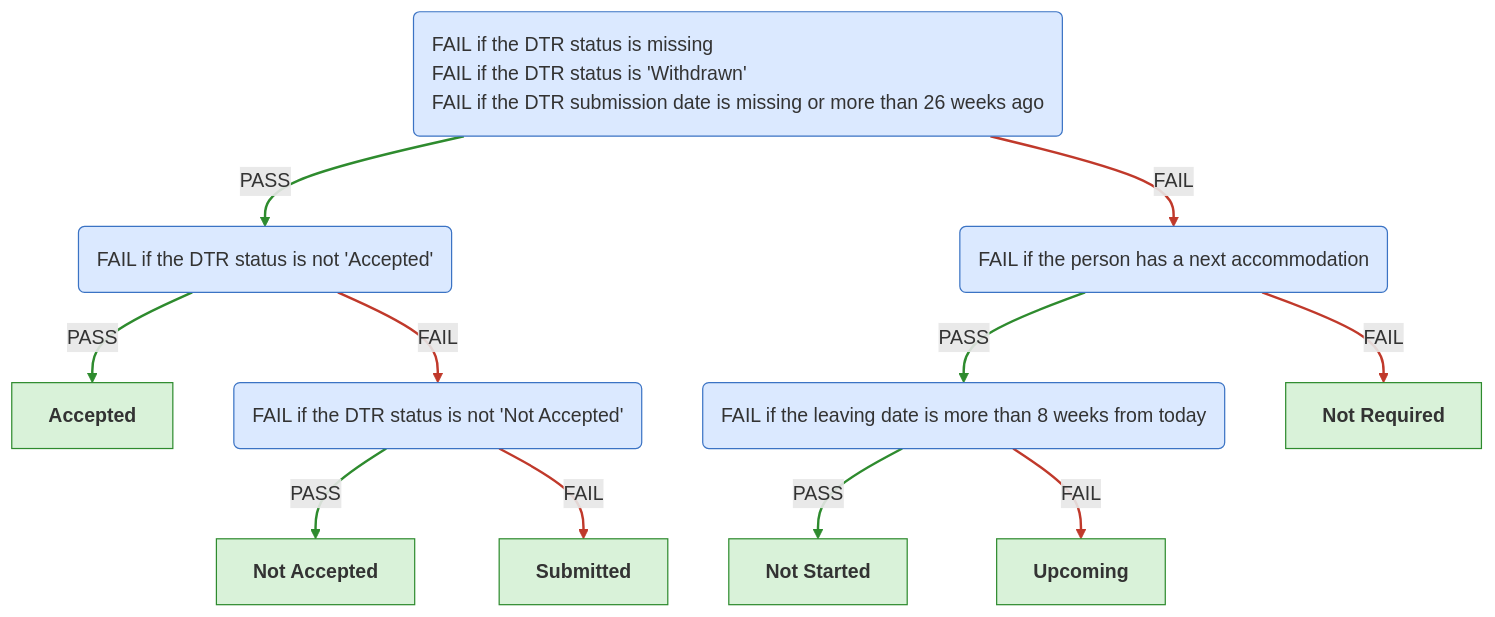
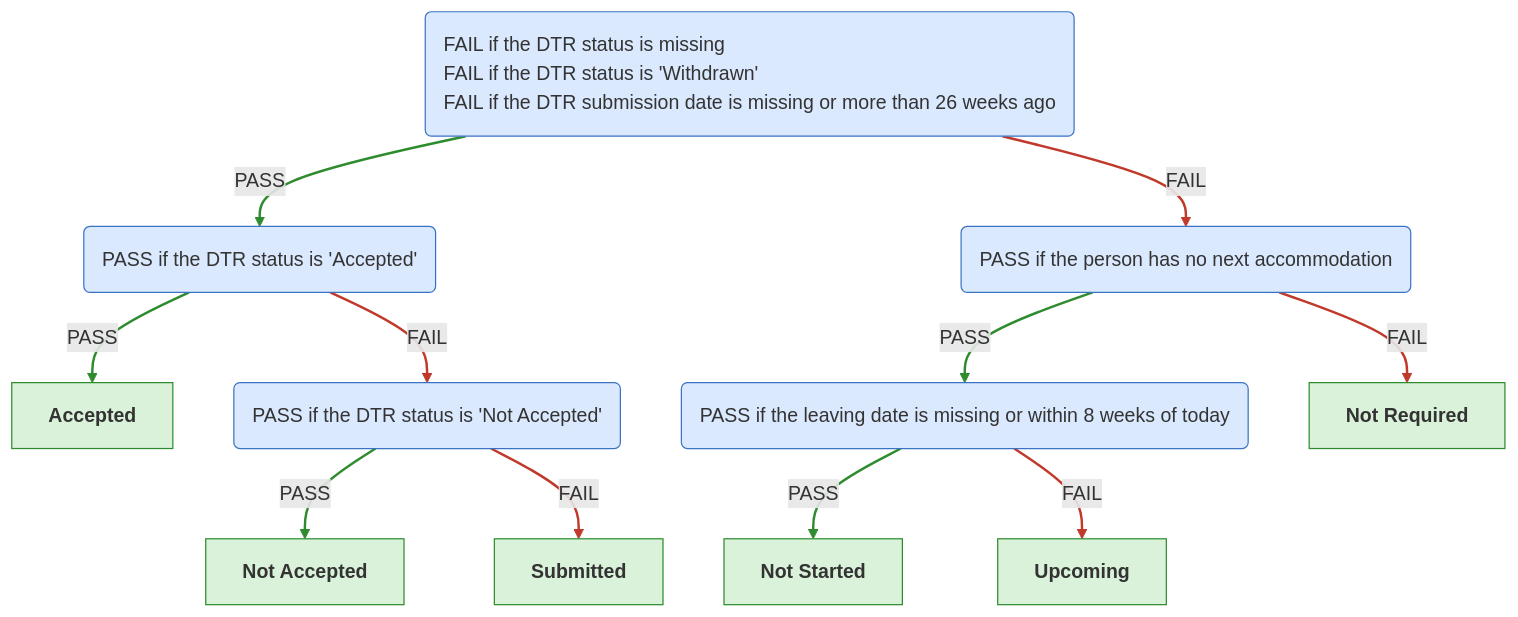
One commit to ministryofjustice/hmpps-single-accommodation-service-api changed the fifth of 6 diagrams in docs/eligibility-rules-graph.md. Above: the diagram before and after it, drawn with Mermaid. The commit also changed other lines of this file and 14 other files, not shown here.

Commit message:
chore/SAS-1703-Adjust-layout-of-graphs-to-make-them-more-user-friendly

````diff
--- a/docs/eligibility-rules-graph.md
+++ b/docs/eligibility-rules-graph.md
@@ -709,34 +709,34 @@
 ```mermaid
 %%{init: {"flowchart": {"wrappingWidth": 800}}}%%
 flowchart TD
   PASS_if_the_DTR_is_relevant("<div style='text-align:left'>FAIL if the DTR status is missing
 FAIL if the DTR status is 'Withdrawn'
 FAIL if the DTR submission date is missing or more than 26 weeks ago</div>")
-  PASS_if_the_DTR_status_is__Accepted_("<div style='text-align:left'>FAIL if the DTR status is not 'Accepted'</div>")
+  PASS_if_the_DTR_status_is__Accepted_("<div style='text-align:left'>PASS if the DTR status is 'Accepted'</div>")
   DTR_ACCEPTED["<b>Accepted</b>"]
-  PASS_if_the_DTR_status_is__Not_Accepted_("<div style='text-align:left'>FAIL if the DTR status is not 'Not Accepted'</div>")
+  PASS_if_the_DTR_status_is__Not_Accepted_("<div style='text-align:left'>PASS if the DTR status is 'Not Accepted'</div>")
   DTR_NOT_ACCEPTED["<b>Not Accepted</b>"]
   DTR_SUBMITTED["<b>Submitted</b>"]
-  PASS_if_the_person_has_no_next_accommodation("<div style='text-align:left'>FAIL if the person has a next accommodation</div>")
-  PASS_if_the_leaving_date_is_missing_or_within_8_weeks_of_today("<div style='text-align:left'>FAIL if the leaving date is more than 8 weeks from today</div>")
+  PASS_if_the_person_has_no_next_accommodation("<div style='text-align:left'>PASS if the person has no next accommodation</div>")
+  PASS_if_the_leaving_date_is_missing_or_within_8_weeks_of_today("<div style='text-align:left'>PASS if the leaving date is missing or within 8 weeks of today</div>")
   DTR_NOT_STARTED["<b>Not Started</b>"]
   outcome_DtrUpcomingContextUpdater["<b>Upcoming</b>"]
   DTR_NOT_REQUIRED["<b>Not Required</b>"]
   PASS_if_the_DTR_status_is__Accepted_ -->|PASS| DTR_ACCEPTED
   PASS_if_the_DTR_status_is__Not_Accepted_ -->|PASS| DTR_NOT_ACCEPTED
   PASS_if_the_DTR_status_is__Not_Accepted_ -->|FAIL| DTR_SUBMITTED
   PASS_if_the_DTR_status_is__Accepted_ -->|FAIL| PASS_if_the_DTR_status_is__Not_Accepted_
   PASS_if_the_DTR_is_relevant -->|PASS| PASS_if_the_DTR_status_is__Accepted_
   PASS_if_the_leaving_date_is_missing_or_within_8_weeks_of_today -->|PASS| DTR_NOT_STARTED
   PASS_if_the_leaving_date_is_missing_or_within_8_weeks_of_today -->|FAIL| outcome_DtrUpcomingContextUpdater
   PASS_if_the_person_has_no_next_accommodation -->|PASS| PASS_if_the_leaving_date_is_missing_or_within_8_weeks_of_today
   PASS_if_the_person_has_no_next_accommodation -->|FAIL| DTR_NOT_REQUIRED
   PASS_if_the_DTR_is_relevant -->|FAIL| PASS_if_the_person_has_no_next_accommodation
   linkStyle 0,1,4,5,7 stroke:#2e8b2e,stroke-width:2px
   linkStyle 2,3,6,8,9 stroke:#c0392b,stroke-width:2px
   classDef ruleSetNode fill:#dbe9ff,stroke:#3b73c4,color:#333
   classDef outcomeNode fill:#d9f2d9,stroke:#2e8b2e,color:#333
   classDef updaterNode fill:#fff2cc,stroke:#c99a00,color:#333
   class PASS_if_the_DTR_is_relevant,PASS_if_the_DTR_status_is__Accepted_,PASS_if_the_DTR_status_is__Not_Accepted_,PASS_if_the_person_has_no_next_accommodation,PASS_if_the_leaving_date_is_missing_or_within_8_weeks_of_today ruleSetNode
   class DTR_ACCEPTED,DTR_NOT_ACCEPTED,DTR_SUBMITTED,DTR_NOT_STARTED,outcome_DtrUpcomingContextUpdater,DTR_NOT_REQUIRED outcomeNode
 ```
````
